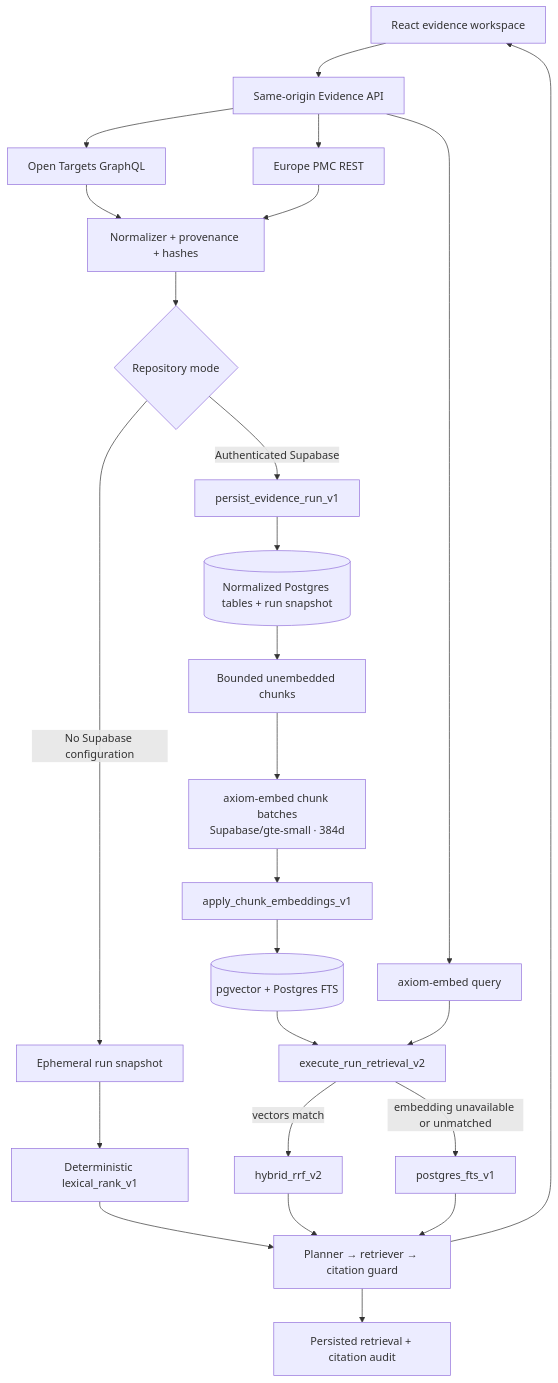
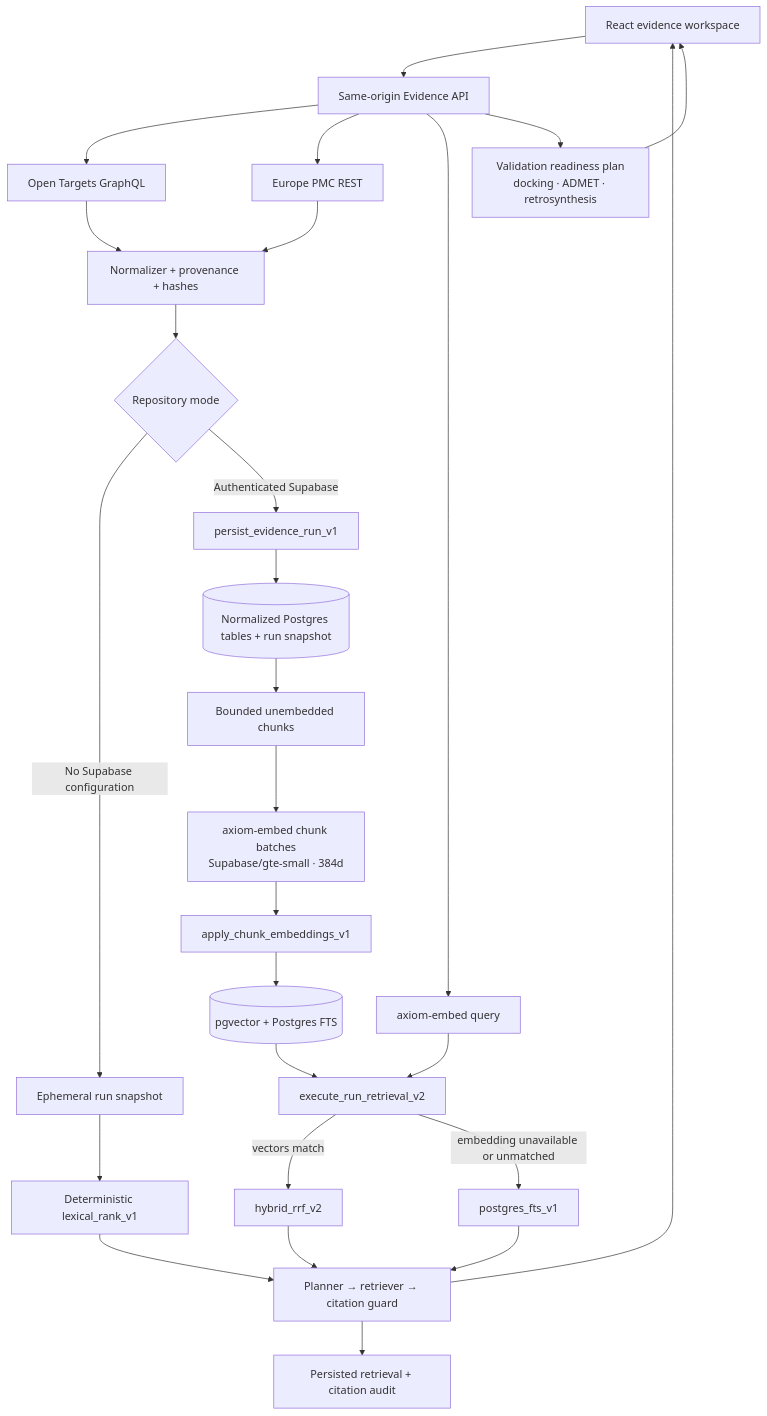
One commit to Gourav2411/axiom-observatory changed the first of 2 diagrams in docs/architecture.md. Above: the diagram before and after it, drawn with Mermaid. The commit also changed other lines of this file and 33 other files, not shown here.

````diff
--- a/docs/architecture.md
+++ b/docs/architecture.md
@@ -16,31 +16,33 @@
 ```mermaid
 flowchart TB
   UI["React evidence workspace"] --> API["Same-origin Evidence API"]
   API --> OT["Open Targets GraphQL"]
   API --> EPMC["Europe PMC REST"]
   OT --> N["Normalizer + provenance + hashes"]
   EPMC --> N
 
   N --> MODE{"Repository mode"}
   MODE -->|"No Supabase configuration"| MEM["Ephemeral run snapshot"]
   MEM --> LEX["Deterministic lexical_rank_v1"]
 
   MODE -->|"Authenticated Supabase"| INGEST["persist_evidence_run_v1"]
   INGEST --> PG[("Normalized Postgres tables + run snapshot")]
   PG --> CHUNKS["Bounded unembedded chunks"]
   CHUNKS --> CEMBED["axiom-embed chunk batches<br/>Supabase/gte-small · 384d"]
   CEMBED --> APPLY["apply_chunk_embeddings_v1"]
   APPLY --> PGV[("pgvector + Postgres FTS")]
 
   API --> QEMBED["axiom-embed query"]
   QEMBED --> RET["execute_run_retrieval_v2"]
   PGV --> RET
   RET -->|"vectors match"| HYBRID["hybrid_rrf_v2"]
   RET -->|"embedding unavailable or unmatched"| FTS["postgres_fts_v1"]
 
   LEX --> TRACE["Planner → retriever → citation guard"]
   HYBRID --> TRACE
   FTS --> TRACE
   TRACE --> UI
   TRACE --> AUDIT["Persisted retrieval + citation audit"]
+  API --> VPLAN["Validation readiness plan<br/>docking · ADMET · retrosynthesis"]
+  VPLAN --> UI
 ```
````
